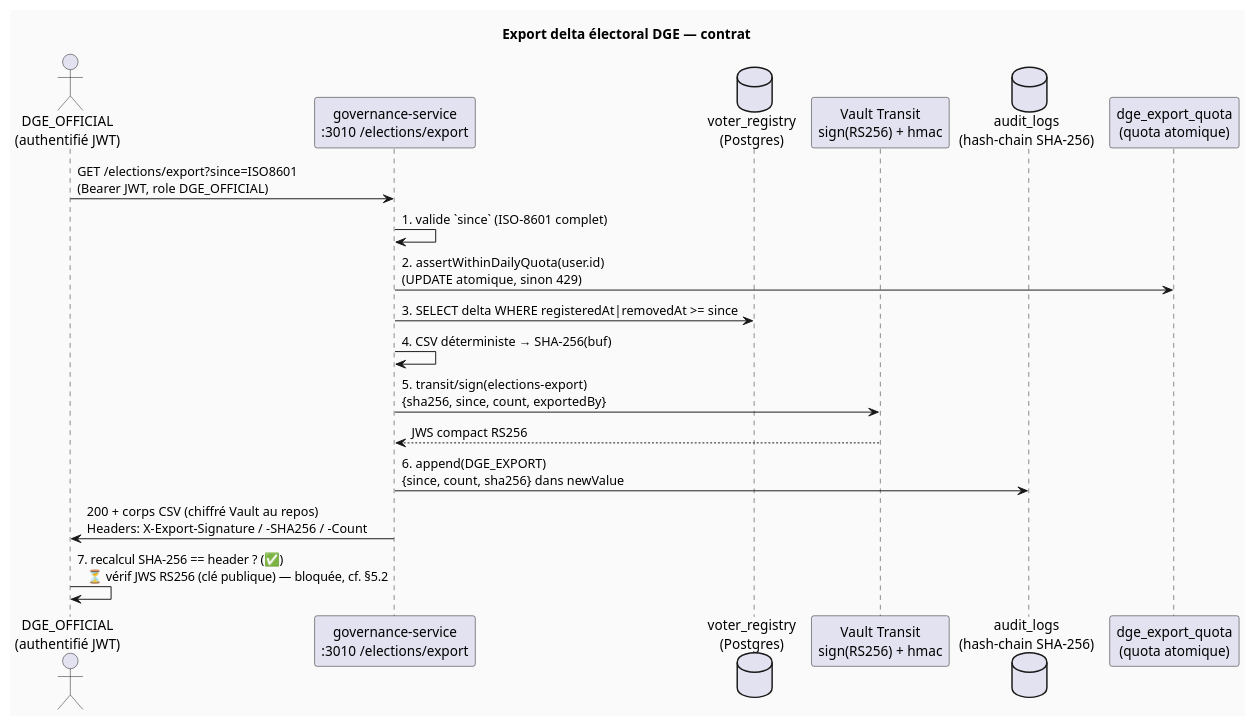
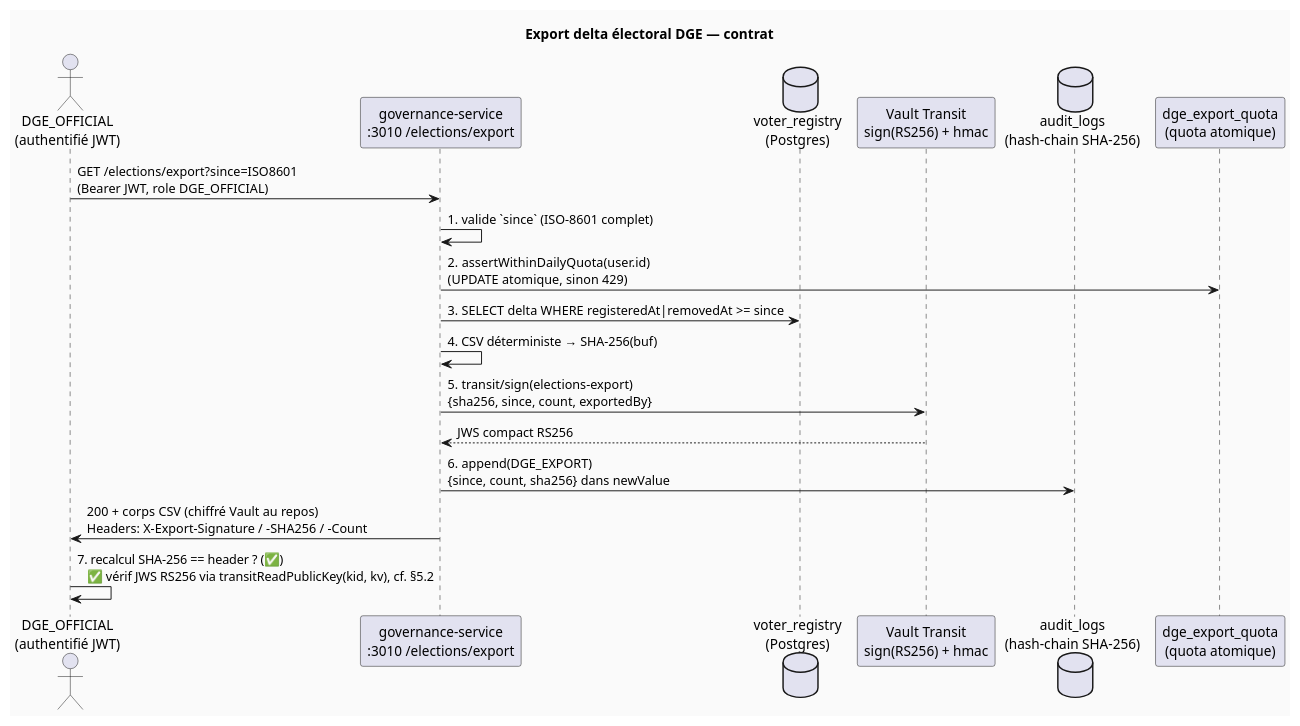
Before and after one commit to TheManInPink/Session-Ete-2026: the diagram in docs/governance/ELECTIONS-EXPORT-CONTRACT.md, drawn with PlantUML. The commit also changed other lines of this file and 63 other files, not shown here.

````diff
--- a/docs/governance/ELECTIONS-EXPORT-CONTRACT.md
+++ b/docs/governance/ELECTIONS-EXPORT-CONTRACT.md
@@ -77,25 +93,25 @@
 ```plantuml
 @startuml elections-export-contract
 title Export delta électoral DGE — contrat
 skinparam backgroundColor #FAFAFA
 skinparam shadowing false
 
 actor "DGE_OFFICIAL\n(authentifié JWT)" as DGE
 participant "governance-service\n:3010 /elections/export" as GS
 database "voter_registry\n(Postgres)" as PG
 participant "Vault Transit\nsign(RS256) + hmac" as Vault
 database "audit_logs\n(hash-chain SHA-256)" as Audit
 participant "dge_export_quota\n(quota atomique)" as Quota
 
 DGE -> GS : GET /elections/export?since=ISO8601\n(Bearer JWT, role DGE_OFFICIAL)
 GS -> GS : 1. valide `since` (ISO-8601 complet)
 GS -> Quota : 2. assertWithinDailyQuota(user.id)\n(UPDATE atomique, sinon 429)
 GS -> PG : 3. SELECT delta WHERE registeredAt|removedAt >= since
 GS -> GS : 4. CSV déterministe → SHA-256(buf)
 GS -> Vault : 5. transit/sign(elections-export)\n{sha256, since, count, exportedBy}
 Vault --> GS : JWS compact RS256
 GS -> Audit : 6. append(DGE_EXPORT)\n{since, count, sha256} dans newValue
 GS -> DGE : 200 + corps CSV (chiffré Vault au repos)\nHeaders: X-Export-Signature / -SHA256 / -Count
-DGE -> DGE : 7. recalcul SHA-256 == header ? (✅)\n   ⏳ vérif JWS RS256 (clé publique) — bloquée, cf. §5.2
+DGE -> DGE : 7. recalcul SHA-256 == header ? (✅)\n   ✅ vérif JWS RS256 via transitReadPublicKey(kid, kv), cf. §5.2
 @enduml
 ```
````
